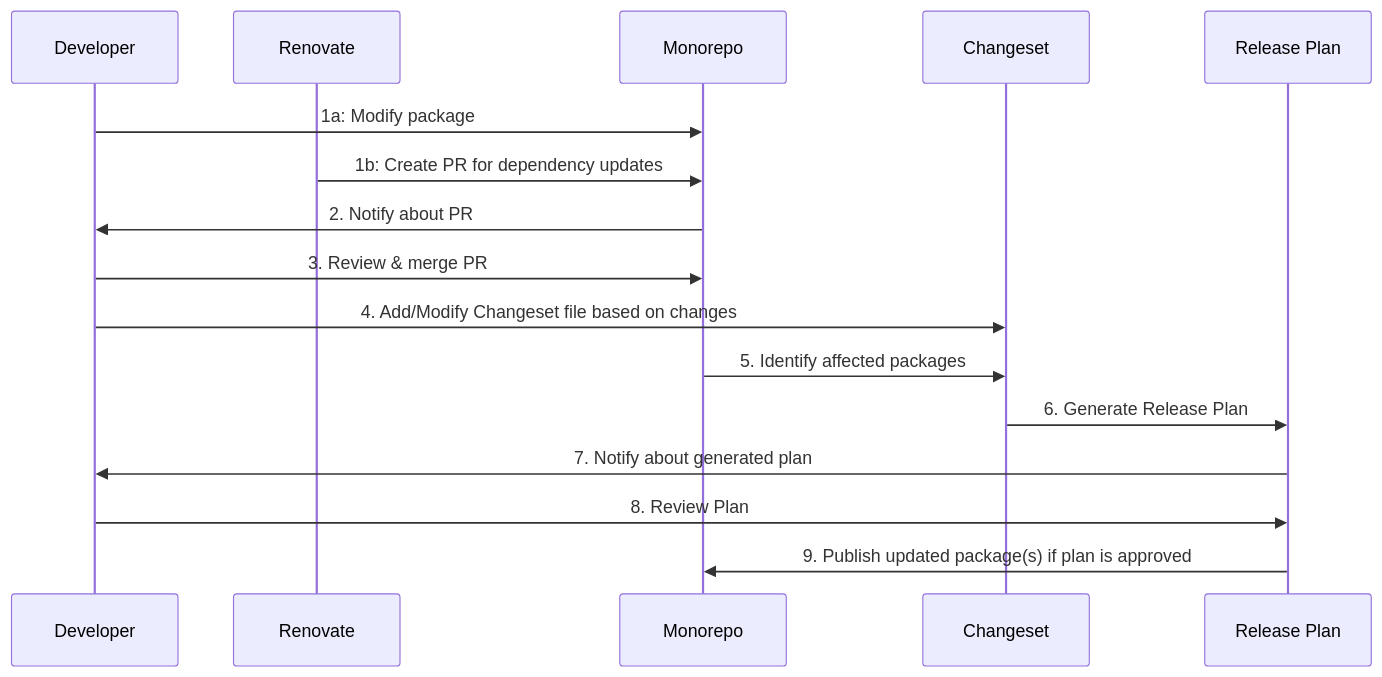
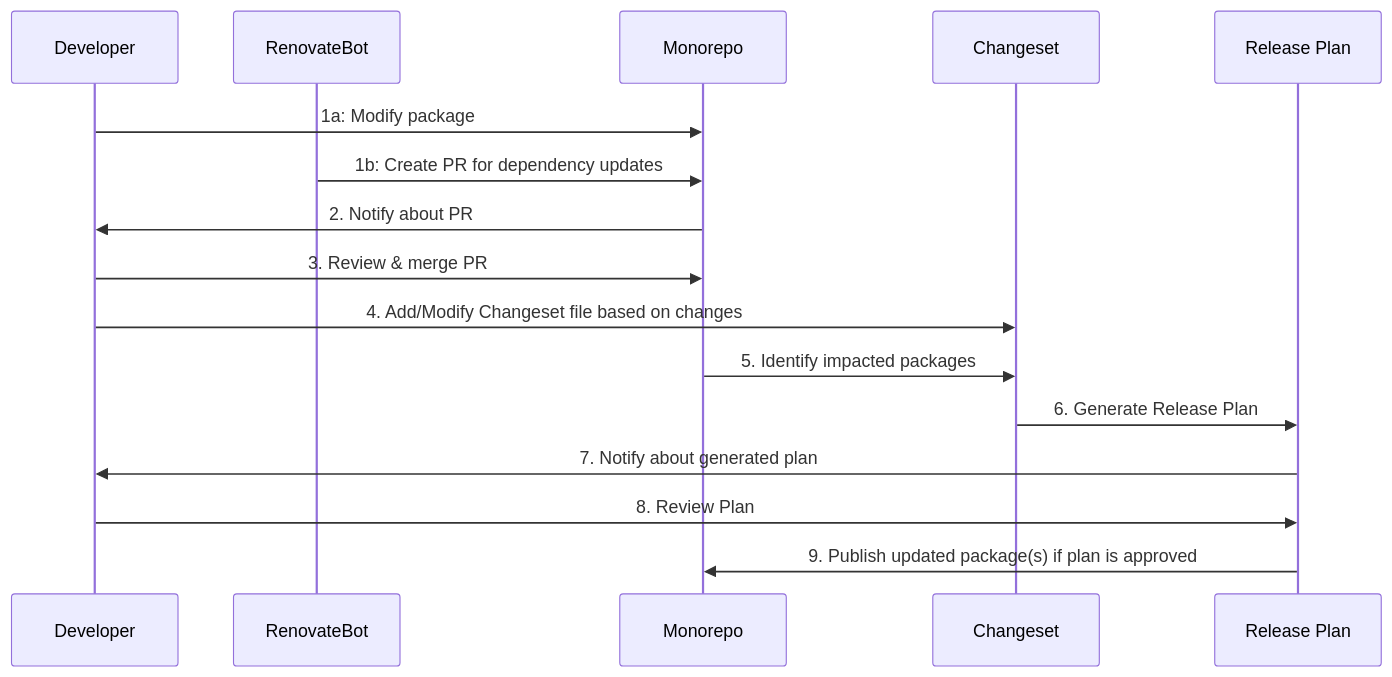
One commit to smartcontractkit/.github changed the diagram in README.md. Above: the diagram before and after it, drawn with Mermaid. The commit also changed other lines of this file, not shown here.

````diff
--- a/README.md
+++ b/README.md
@@ -19,20 +20,20 @@
 ```mermaid
 sequenceDiagram
     participant Dev as Developer
-    participant R as Renovate
+    participant R as RenovateBot
     participant MonoRepo as Monorepo
     participant CS as Changeset
     participant RP as Release Plan
 
     Dev->>MonoRepo: 1a: Modify package
     R->>MonoRepo: 1b: Create PR for dependency updates
     MonoRepo->>Dev: 2. Notify about PR
     Dev->>MonoRepo: 3. Review & merge PR
     Dev->>CS: 4. Add/Modify Changeset file based on changes
-    MonoRepo->>CS: 5. Identify affected packages
+    MonoRepo->>CS: 5. Identify impacted packages
     CS->>RP: 6. Generate Release Plan
     RP->>Dev: 7. Notify about generated plan
     Dev->>RP: 8. Review Plan
     RP->>MonoRepo: 9. Publish updated package(s) if plan is approved
 
 ```
````
